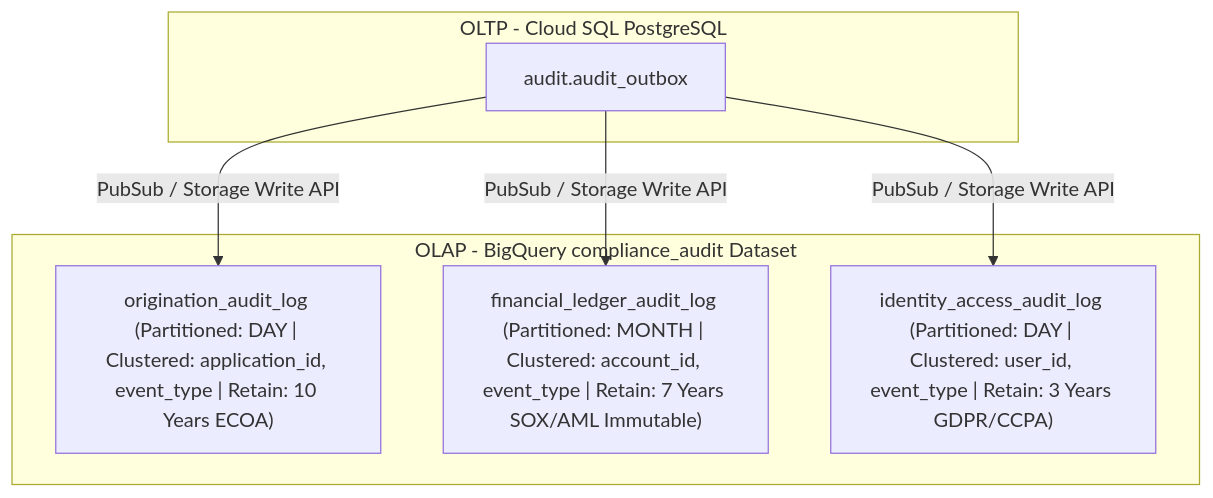
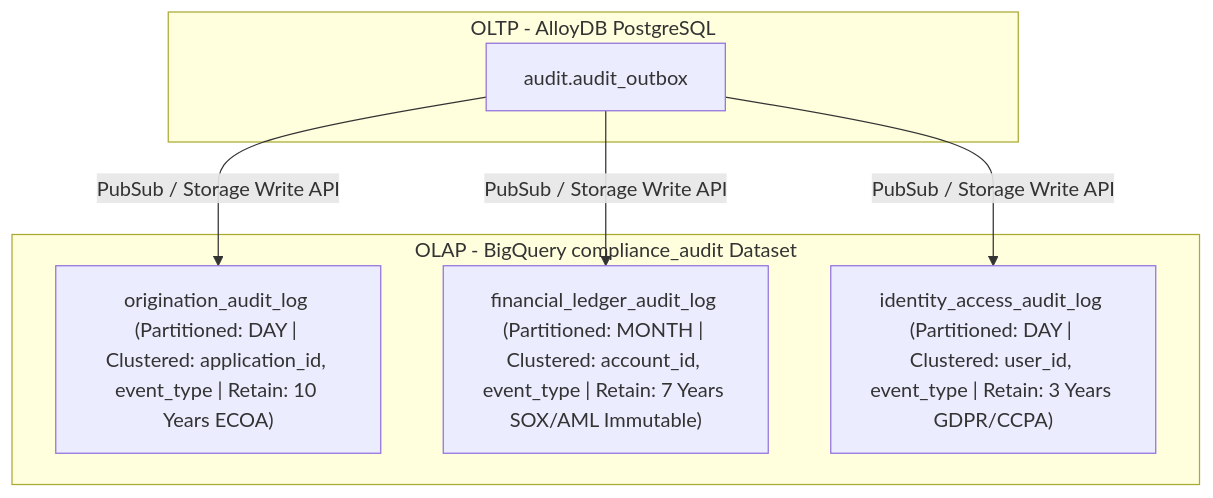
The first of 2 diagrams in docs/architecture/data-platform/bigquery_olap_audit_architecture.md (GoogleCloudPlatform/fsi-gecx-bundle), drawn with Mermaid before and after one commit. The commit also changed other lines of this file and 15 other files, not shown here.

````diff
--- a/docs/architecture/data-platform/bigquery_olap_audit_architecture.md
+++ b/docs/architecture/data-platform/bigquery_olap_audit_architecture.md
@@ -13,14 +13,14 @@
 ```mermaid
 graph TD
-    subgraph OLTP ["OLTP - Cloud SQL PostgreSQL"]
+    subgraph OLTP ["OLTP - AlloyDB PostgreSQL"]
         Outbox["audit.audit_outbox"]
     end
 
     subgraph OLAP ["OLAP - BigQuery compliance_audit Dataset"]
         ORIG["origination_audit_log (Partitioned: DAY | Clustered: application_id, event_type | Retain: 10 Years ECOA)"]
         FIN["financial_ledger_audit_log (Partitioned: MONTH | Clustered: account_id, event_type | Retain: 7 Years SOX/AML Immutable)"]
         ID["identity_access_audit_log (Partitioned: DAY | Clustered: user_id, event_type | Retain: 3 Years GDPR/CCPA)"]
     end
 
     Outbox -->|"PubSub / Storage Write API"| ORIG & FIN & ID
 ```
````
